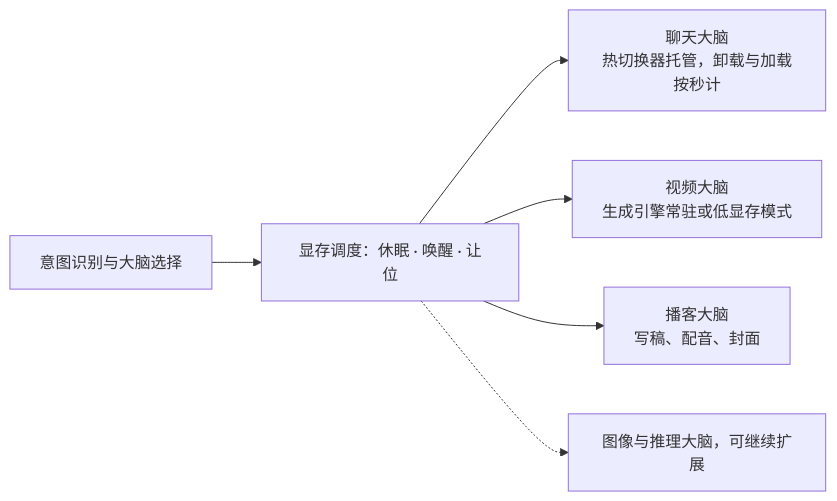
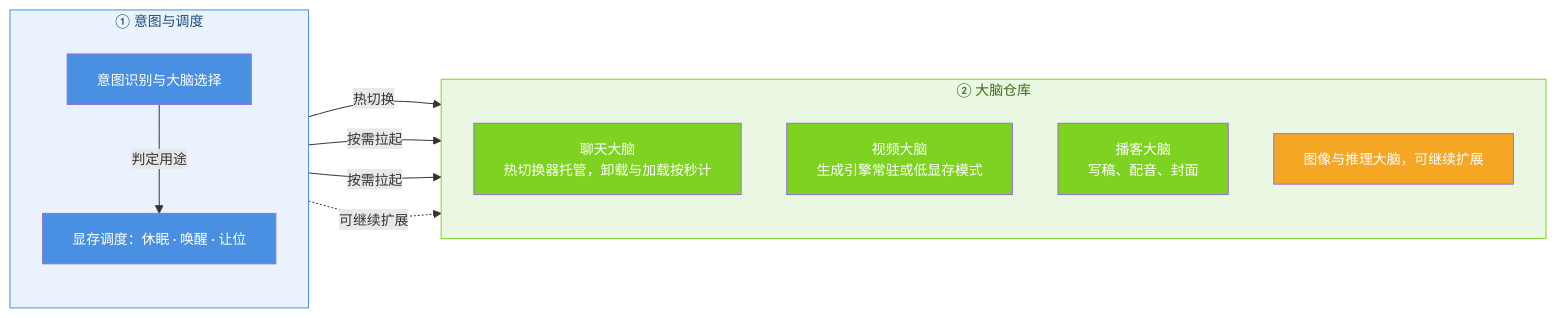
The third of 7 diagrams in README.md (jiangchuangege/xiaojiao-harnees), drawn with Mermaid before and after one commit. The commit also changed other lines of this file and 30 other files, not shown here.

First line of the commit message:
﻿全仓 Mermaid 图统一 + 对比表与 License 修正

````diff
--- a/README.md
+++ b/README.md
@@ -258,8 +299,29 @@
 ```mermaid
 flowchart LR
-    A["意图识别与大脑选择"] --> B["显存调度：休眠 · 唤醒 · 让位"]
-    B --> C["聊天大脑<br/>热切换器托管，卸载与加载按秒计"]
-    B --> D["视频大脑<br/>生成引擎常驻或低显存模式"]
-    B --> E["播客大脑<br/>写稿、配音、封面"]
-    B -.-> F["图像与推理大脑，可继续扩展"]
+%%{init: {"themeVariables": {"fontSize": "14px"}, "flowchart": {"htmlLabels": true, "wrappingWidth": 340, "nodeSpacing": 46, "rankSpacing": 64, "useMaxWidth": true}}}%%
+    subgraph PICK["① 意图与调度"]
+        direction TB
+        A["意图识别与大脑选择"]
+        B["显存调度：休眠 · 唤醒 · 让位"]
+        A -->|"判定用途"| B
+    end
+    subgraph POOL["② 大脑仓库"]
+        direction TB
+        C["聊天大脑<br/>热切换器托管，卸载与加载按秒计"]
+        D["视频大脑<br/>生成引擎常驻或低显存模式"]
+        E["播客大脑<br/>写稿、配音、封面"]
+        F["图像与推理大脑，可继续扩展"]
+    end
+    B -->|"热切换"| C
+    B -->|"按需拉起"| D
+    B -->|"按需拉起"| E
+    B -.->|"可继续扩展"| F
+    style PICK fill:#EAF2FD,stroke:#4A90E2,color:#1F4E79
+    style POOL fill:#EAF7E2,stroke:#7ED321,color:#3E6B12
+    style A fill:#4A90E2,color:#fff
+    style B fill:#4A90E2,color:#fff
+    style C fill:#7ED321,color:#fff
+    style D fill:#7ED321,color:#fff
+    style E fill:#7ED321,color:#fff
+    style F fill:#F5A623,color:#fff
 ```
````
